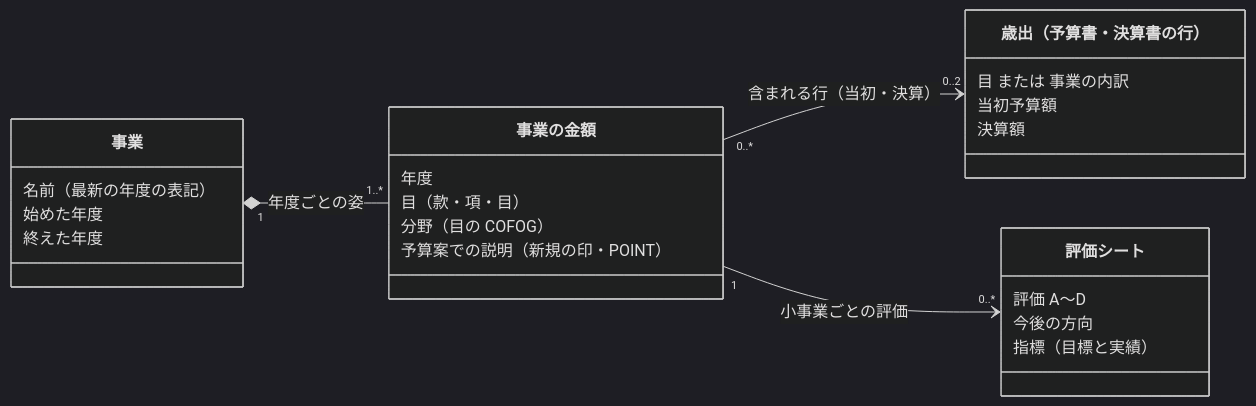
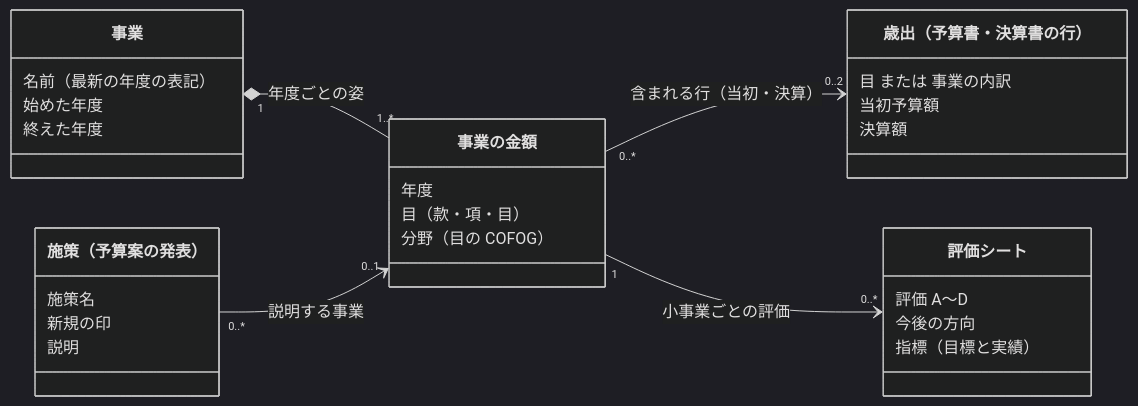
The diagram in docs/prd/jurisdiction-page-data/project-domain-model.md (fudoki-hensansitu/fudoki), drawn with Mermaid (dark theme) before and after one commit. The commit also changed other lines of this file, not shown here.

````diff
--- a/docs/prd/jurisdiction-page-data/project-domain-model.md
+++ b/docs/prd/jurisdiction-page-data/project-domain-model.md
@@ -17,28 +17,33 @@
 ```mermaid
 classDiagram
     direction LR
     class Project["事業"] {
         名前（最新の年度の表記）
         始めた年度
         終えた年度
     }
     class ProjectYear["事業の金額"] {
         年度
         目（款・項・目）
         分野（目の COFOG）
-        予算案での説明（新規の印・POINT）
+    }
+    class Initiative["施策（予算案の発表）"] {
+        施策名
+        新規の印
+        説明
     }
     class Expenditure["歳出（予算書・決算書の行）"] {
         目 または 事業の内訳
         当初予算額
         決算額
     }
     class Evaluation["評価シート"] {
         評価 A〜D
         今後の方向
         指標（目標と実績）
     }
     Project "1" *-- "1..*" ProjectYear : 年度ごとの姿
     ProjectYear "0..*" --> "0..2" Expenditure : 含まれる行（当初・決算）
     ProjectYear "1" --> "0..*" Evaluation : 小事業ごとの評価
+    Initiative "0..*" --> "0..1" ProjectYear : 説明する事業
 ```
````
